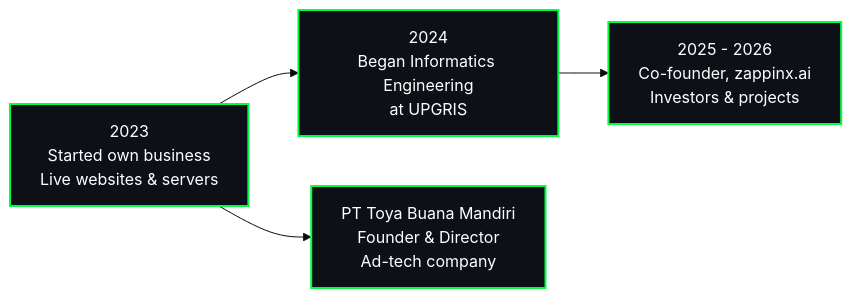
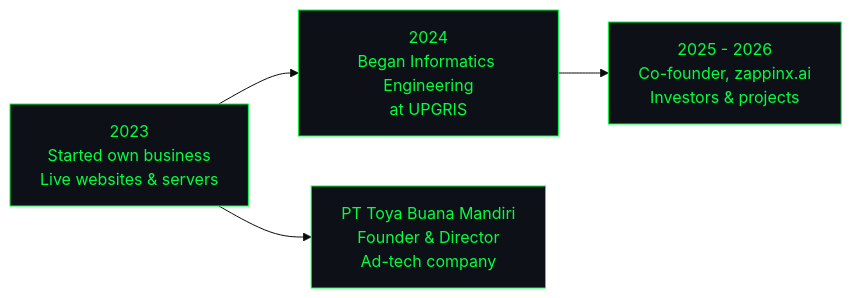
The diagram in README.md (patrickivanuellf/patrickivanuellf), drawn with Mermaid (base theme) before and after one commit. The commit also changed other lines of this file, not shown here.

````diff
--- a/README.md
+++ b/README.md
@@ -42,10 +48,10 @@
 ```mermaid
 flowchart LR
     A["2023<br/>Started own business<br/>Live websites & servers"] --> B["2024<br/>Began Informatics Engineering<br/>at UPGRIS"]
     B --> C["2025 - 2026<br/>Co-founder, zappinx.ai<br/>Investors & projects"]
     A --> D["PT Toya Buana Mandiri<br/>Founder & Director<br/>Ad-tech company"]
-    style A fill:#0d1117,stroke:#00ff41,stroke-width:2px,color:#ffffff
-    style B fill:#0d1117,stroke:#00ff41,stroke-width:2px,color:#ffffff
-    style C fill:#0d1117,stroke:#00ff41,stroke-width:2px,color:#ffffff
-    style D fill:#0d1117,stroke:#00ff41,stroke-width:2px,color:#ffffff
+    style A fill:#0d1117,stroke:#00ff41,color:#00ff41
+    style B fill:#0d1117,stroke:#00ff41,color:#00ff41
+    style C fill:#0d1117,stroke:#00ff41,color:#00ff41
+    style D fill:#0d1117,stroke:#00ff41,color:#00ff41
 ```
````
